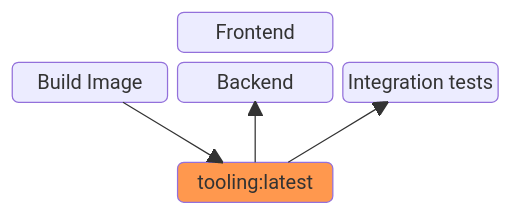
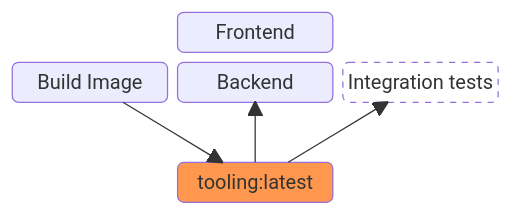
The first of 3 diagrams in pages/interference.md (Raniz85/talks_pipeline-antipatterns), drawn with Mermaid before and after one commit. The commit also changed other lines of this file, not shown here.

````diff
--- a/pages/interference.md
+++ b/pages/interference.md
@@ -15,14 +15,15 @@
 ```mermaid { theme: 'forest' }
 block-beta
     columns 3
     space 1f("Frontend") space
     1bi("Build Image") 1b("Backend") 1it("Integration tests")
     space:3
     space r("tooling:latest") space
     
     1bi-->r
     r-->1b
     r-->1it
     
     style r fill: #ff984e
+    style 1it stroke-dasharray: 5 5, fill: #ffffff
 ```
````
